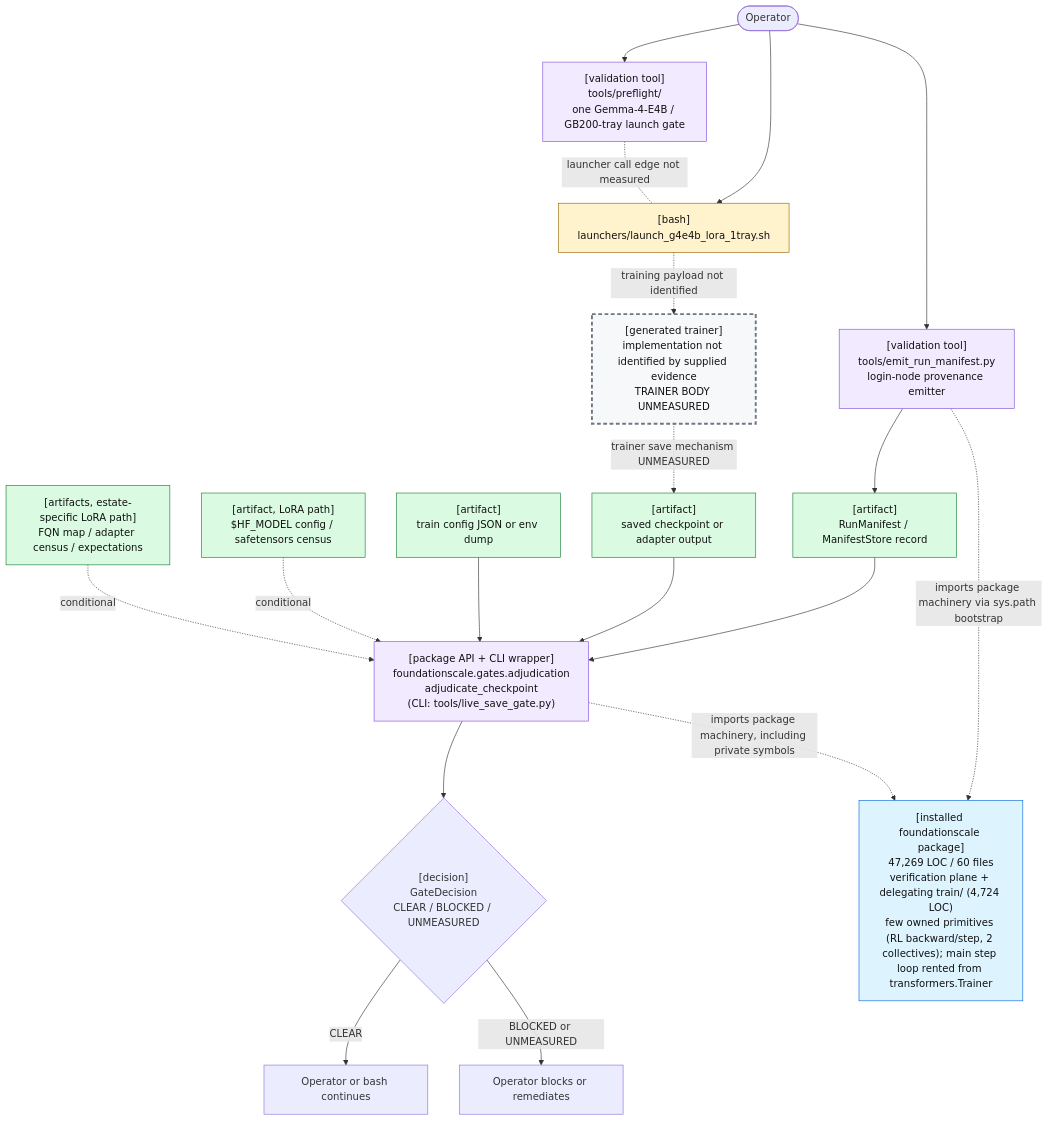
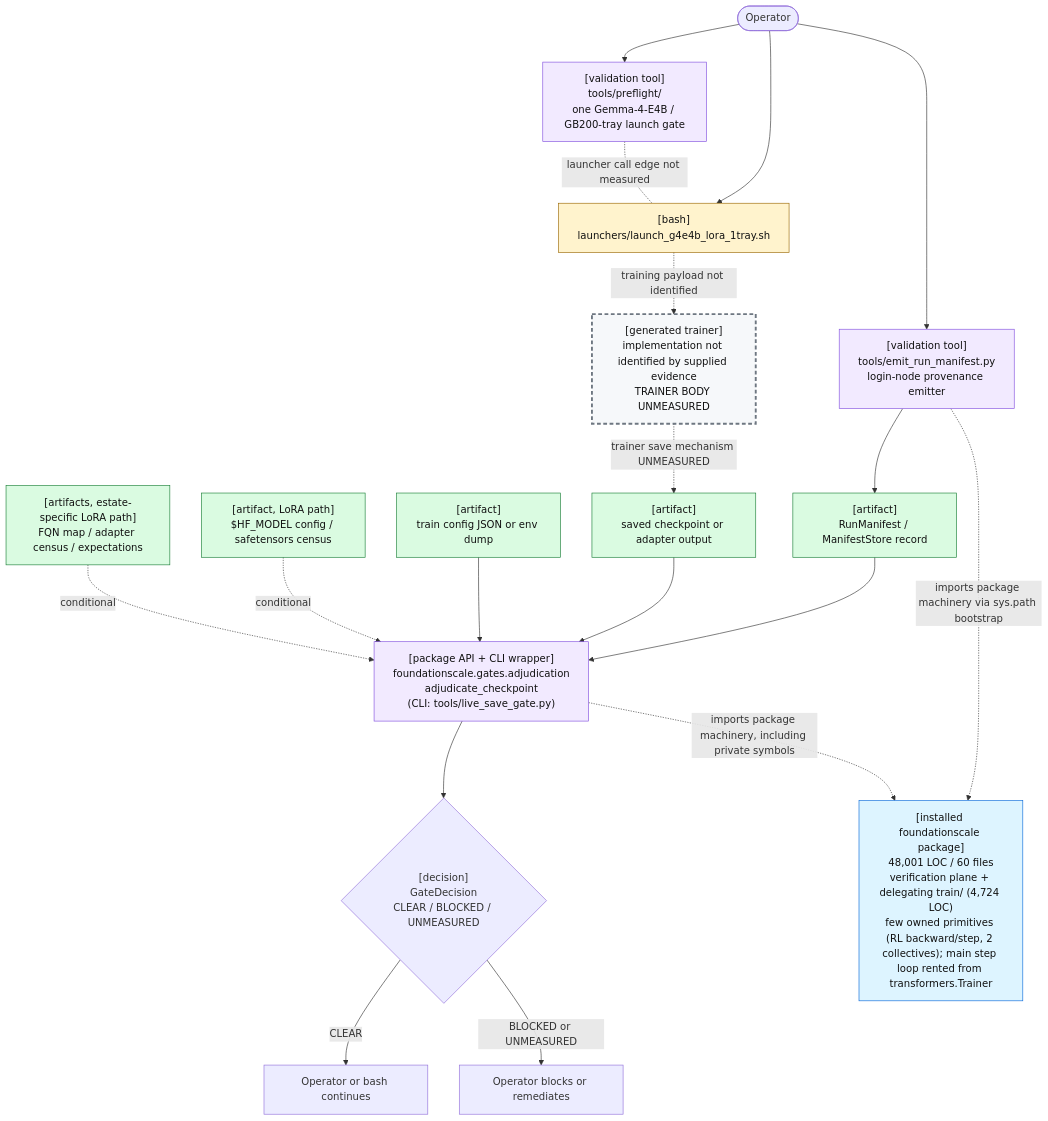
One commit to TranNhiem/FoundationScale changed the first of 2 diagrams in docs/review/D2_current_architecture.md. Above: the diagram before and after it, drawn with Mermaid. The commit also changed other lines of this file and 14 other files, not shown here.

````diff
--- a/docs/review/D2_current_architecture.md
+++ b/docs/review/D2_current_architecture.md
@@ -25,59 +25,59 @@
 ```mermaid
 flowchart TB
   O(["Operator"])
 
   PF["[validation tool]<br/>tools/preflight/<br/>one Gemma-4-E4B / GB200-tray launch gate"]
   L["[bash]<br/>launchers/launch_g4e4b_lora_1tray.sh"]
 
   E["[validation tool]<br/>tools/emit_run_manifest.py<br/>login-node provenance emitter"]
   M["[artifact]<br/>RunManifest / ManifestStore record"]
 
   T["[generated trainer]<br/>implementation not identified by supplied evidence<br/>TRAINER BODY UNMEASURED"]
   C["[artifact]<br/>saved checkpoint or adapter output"]
 
   G["[package API + CLI wrapper]<br/>foundationscale.gates.adjudication<br/>adjudicate_checkpoint<br/>(CLI: tools/live_save_gate.py)"]
   CFG["[artifact]<br/>train config JSON or env dump"]
   BASE["[artifact, LoRA path]<br/>$HF_MODEL config / safetensors census"]
   CEN["[artifacts, estate-specific LoRA path]<br/>FQN map / adapter census / expectations"]
 
   D{"[decision]<br/>GateDecision<br/>CLEAR / BLOCKED / UNMEASURED"}
   OK["Operator or bash continues"]
   NO["Operator blocks or remediates"]
 
-  PKG["[installed foundationscale package]<br/>47,269 LOC / 60 files<br/>verification plane + delegating train/ (4,724 LOC)<br/>few owned primitives (RL backward/step, 2 collectives); main step loop rented from transformers.Trainer"]
+  PKG["[installed foundationscale package]<br/>48,001 LOC / 60 files<br/>verification plane + delegating train/ (4,724 LOC)<br/>few owned primitives (RL backward/step, 2 collectives); main step loop rented from transformers.Trainer"]
 
   O --> PF
   O --> L
   PF -. "launcher call edge not measured" .- L
 
   O --> E
   E --> M
 
   L -. "training payload not identified" .-> T
   T -. "trainer save mechanism UNMEASURED" .-> C
 
   M --> G
   C --> G
   CFG --> G
   BASE -. "conditional" .-> G
   CEN -. "conditional" .-> G
 
   E -. "imports package machinery via sys.path bootstrap" .-> PKG
   G -. "imports package machinery, including private symbols" .-> PKG
 
   G --> D
   D -->|"CLEAR"| OK
   D -->|"BLOCKED or UNMEASURED"| NO
 
   classDef bash fill:#fff3cd,stroke:#9a6700,color:#111;
   classDef tool fill:#f2eaff,stroke:#8250df,color:#111;
   classDef artifact fill:#dafbe1,stroke:#1a7f37,color:#111;
   classDef gap fill:#f6f8fa,stroke:#6e7781,stroke-width:3px,stroke-dasharray: 6 4,color:#111;
   classDef pkg fill:#ddf4ff,stroke:#0969da,color:#111;
 
   class L bash;
   class PF,E,G tool;
   class M,C,CFG,BASE,CEN artifact;
   class T gap;
   class PKG pkg;
 ```
````
